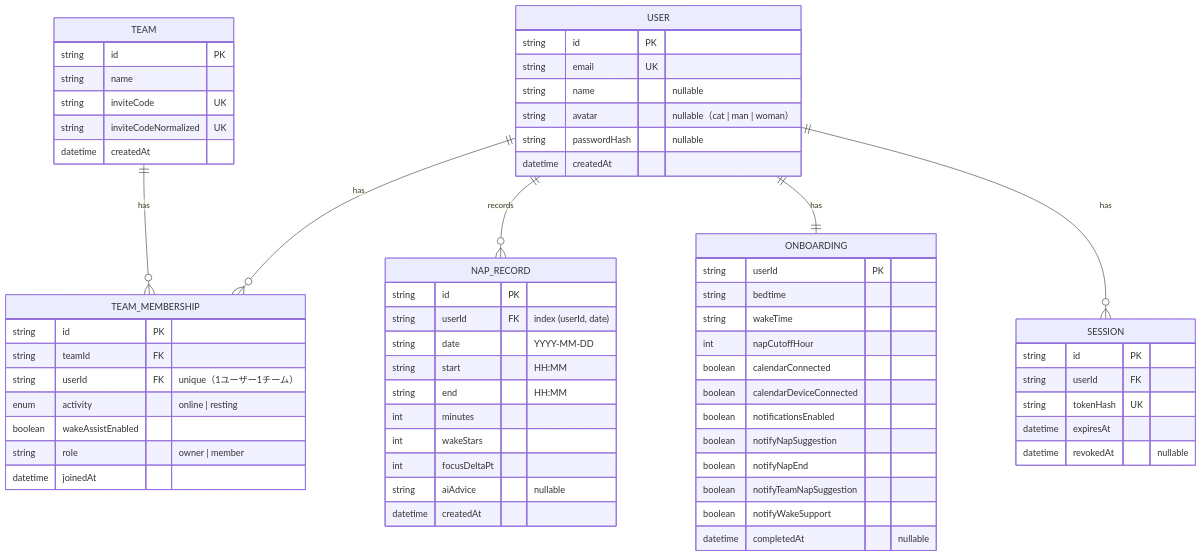
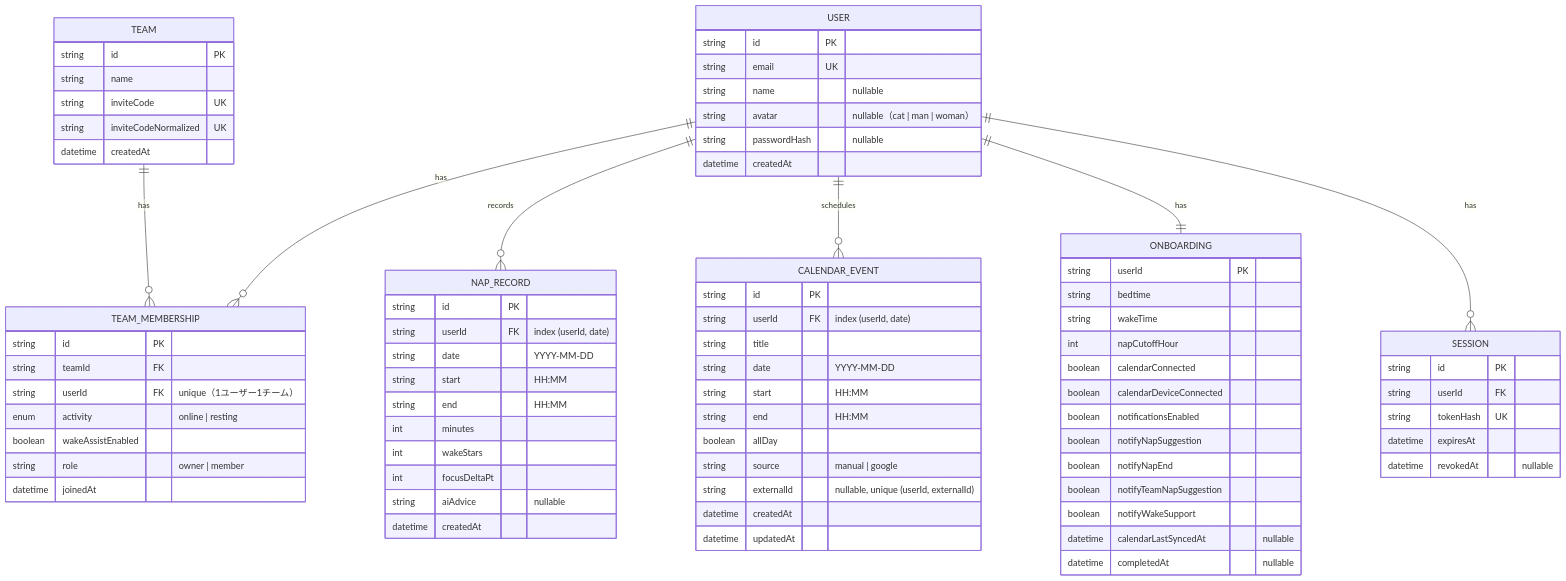
The first of 2 diagrams in docs/db.md (YAMI-SOTE/team-nap-app), drawn with Mermaid before and after one commit. The commit also changed other lines of this file and 6 other files, not shown here.

First line of the commit message:
docs: per-user schedule (CalendarEvent) + Google Calendar import

```diff
--- a/docs/db.md
+++ b/docs/db.md
@@ -113,6 +114,7 @@
     USER ||--o{ TEAM_MEMBERSHIP : has
     TEAM ||--o{ TEAM_MEMBERSHIP : has
     USER ||--o{ NAP_RECORD : records
+    USER ||--o{ CALENDAR_EVENT : schedules
     USER ||--|| ONBOARDING : has
     USER ||--o{ SESSION : has
 
@@ -155,7 +157,22 @@
         boolean notifyNapEnd
         boolean notifyTeamNapSuggestion
         boolean notifyWakeSupport
+        datetime calendarLastSyncedAt "nullable"
         datetime completedAt "nullable"
+    }
+
+    CALENDAR_EVENT {
+        string id PK
+        string userId FK "index (userId, date)"
+        string title
+        string date "YYYY-MM-DD"
+        string start "HH:MM"
+        string end "HH:MM"
+        boolean allDay
+        string source "manual | google"
+        string externalId "nullable, unique (userId, externalId)"
+        datetime createdAt
+        datetime updatedAt
     }
 
     NAP_RECORD {
```
